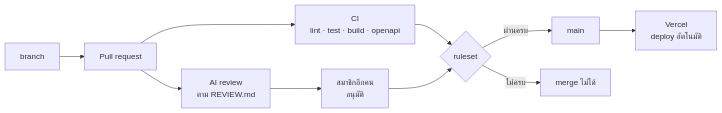
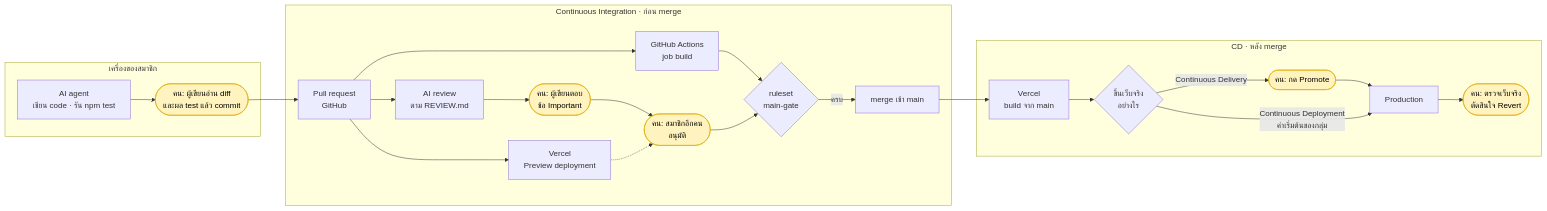
Before and after one commit to CE-SDPX/SDPX-AI: the diagram in WS-04-cicd/1-Lecture.md, drawn with Mermaid. The commit also changed other lines of this file and 1 other file, not shown here.

````diff
--- a/WS-04-cicd/1-Lecture.md
+++ b/WS-04-cicd/1-Lecture.md
@@ -30,12 +51,32 @@
 ```mermaid
 flowchart LR
-    B["branch"] --> PR["Pull request"]
-    PR --> CI["CI<br/>lint · test · build · openapi"]
-    PR --> AR["AI review<br/>ตาม REVIEW.md"]
-    AR --> HR["สมาชิกอีกคน<br/>อนุมัติ"]
-    CI --> M{"ruleset"}
-    HR --> M
-    M -->|"ผ่านครบ"| MAIN["main"]
-    M -->|"ไม่ครบ"| X["merge ไม่ได้"]
-    MAIN --> V["Vercel<br/>deploy อัตโนมัติ"]
+    subgraph LOCAL["เครื่องของสมาชิก"]
+        A["AI agent<br/>เขียน code · รัน npm test"] --> H1(["คน: ผู้เขียนอ่าน diff<br/>และผล test แล้ว commit"])
+    end
+
+    subgraph CI["Continuous Integration · ก่อน merge"]
+        P["Pull request<br/>GitHub"] --> C["GitHub Actions<br/>job build"]
+        P --> R["AI review<br/>ตาม REVIEW.md"]
+        P --> PV["Vercel<br/>Preview deployment"]
+        R --> H2(["คน: ผู้เขียนตอบ<br/>ข้อ Important"])
+        C --> G{"ruleset<br/>main-gate"}
+        H2 --> H3(["คน: สมาชิกอีกคน<br/>อนุมัติ"])
+        PV -.-> H3
+        H3 --> G
+        G -->|"ครบ"| M["merge เข้า main"]
+    end
+
+    subgraph CD["CD · หลัง merge"]
+        B["Vercel<br/>build จาก main"] --> D{"ขึ้นเว็บจริง<br/>อย่างไร"}
+        D -->|"Continuous Delivery"| H4(["คน: กด Promote"])
+        H4 --> PROD["Production"]
+        D -->|"Continuous Deployment<br/>ค่าเริ่มต้นของกลุ่ม"| PROD
+        PROD --> H5(["คน: ตรวจเว็บจริง<br/>ตัดสินใจ Revert"])
+    end
+
+    H1 --> P
+    M --> B
+
+    classDef human fill:#fff3bf,stroke:#e0a800,color:#000
+    class H1,H2,H3,H4,H5 human
 ```
````
